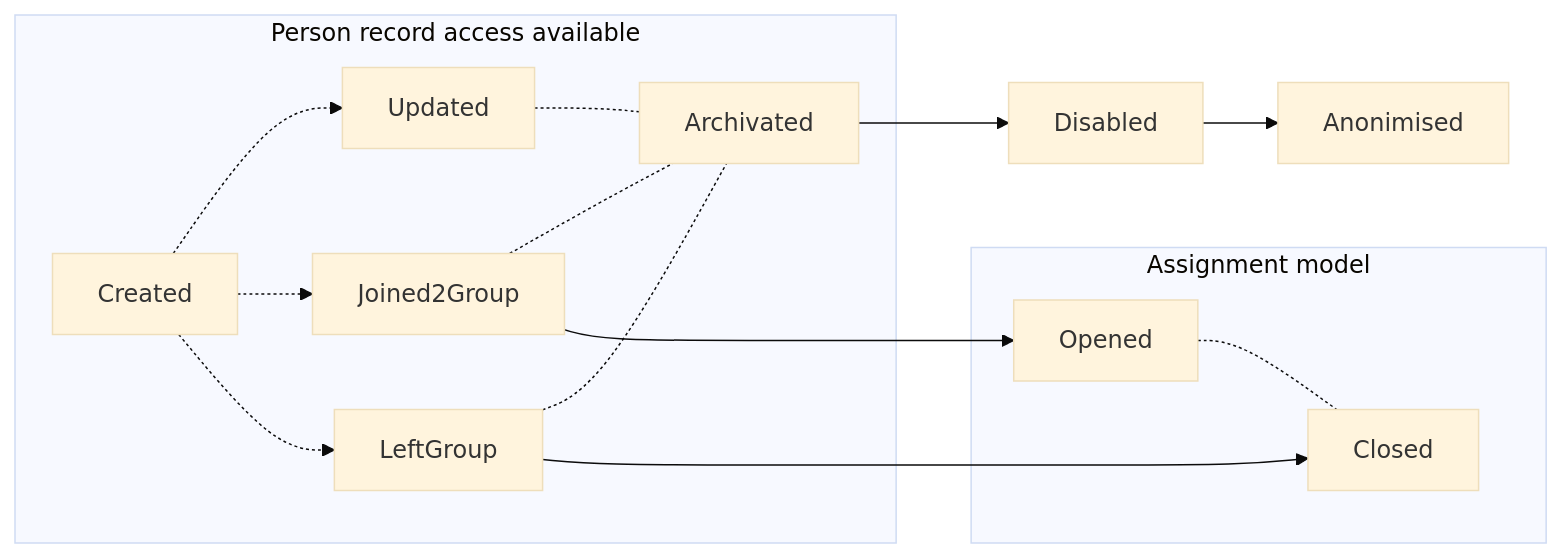
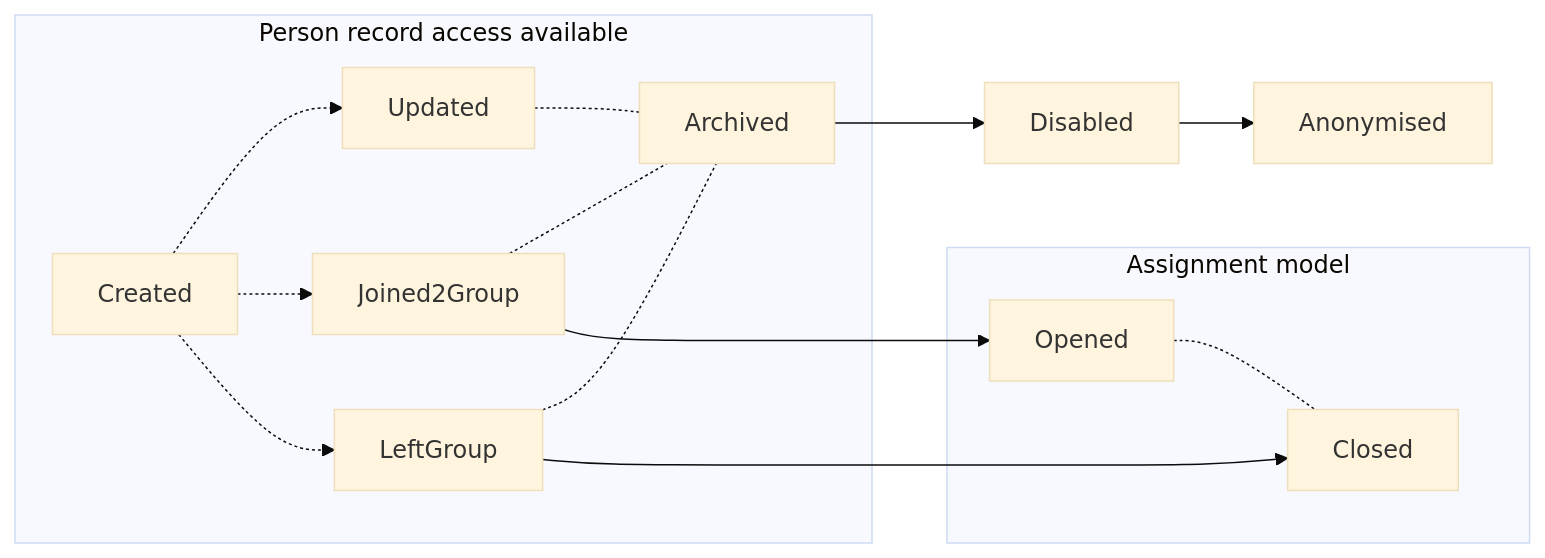
The second of 3 diagrams in coly-api.md (coly-technologies/coly-technologies.github.io), drawn with Mermaid (base theme) before and after one commit. The commit also changed other lines of this file and 1 other file, not shown here.

````diff
--- a/coly-api.md
+++ b/coly-api.md
@@ -105,12 +109,12 @@
 ```mermaid
 graph LR;
   subgraph Assignment model
     Opened -.- Closed
   end
   subgraph Person record access available
-    Created -.-> Updated & Joined2Group & LeftGroup -.- Archivated
+    Created -.-> Updated & Joined2Group & LeftGroup -.- Archived
   end
-  Archivated --> Disabled --> Anonimised
+  Archived --> Disabled --> Anonymised
   Joined2Group ---> Opened
   LeftGroup ---> Closed
 ```
````
